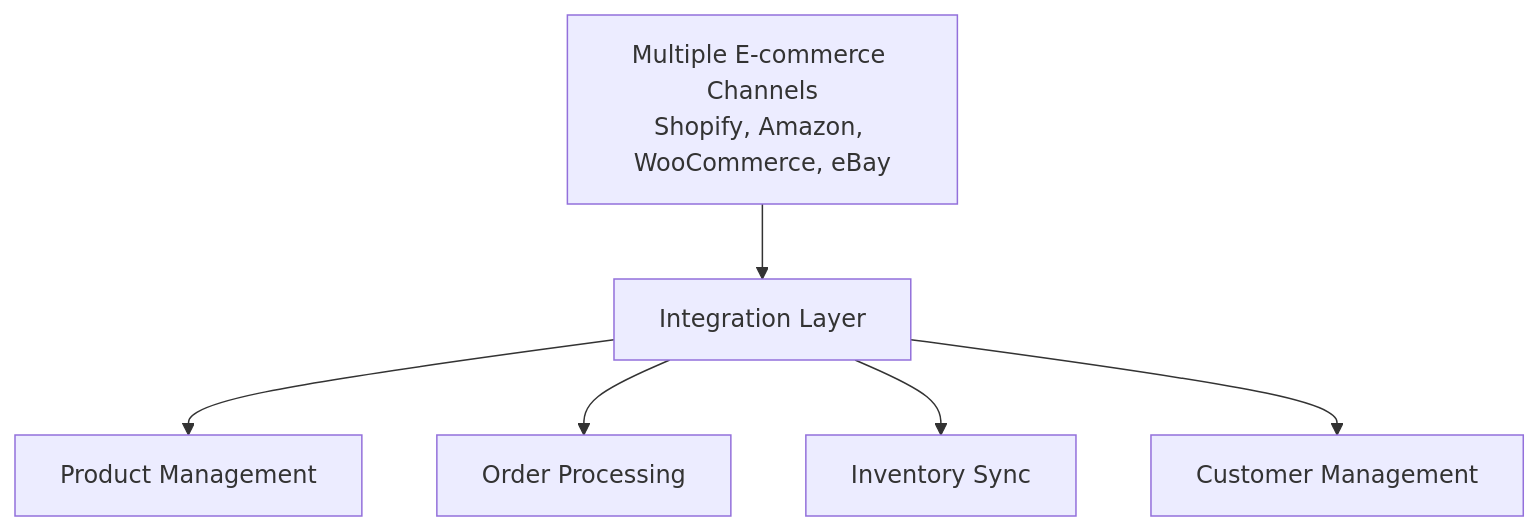
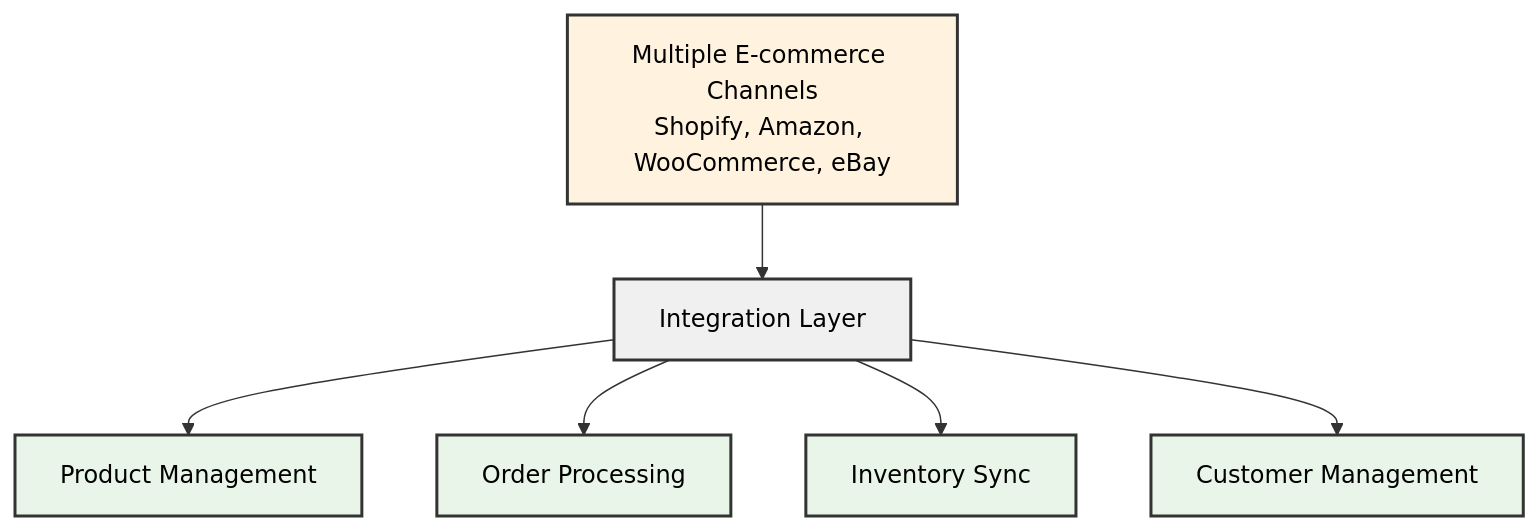
Diagram 11 of 44 in README.md (sandeepkumar0801/Digihub), drawn with Mermaid before and after one commit. The commit also changed other lines of this file and 1 other file, not shown here.

````diff
--- a/README.md
+++ b/README.md
@@ -1884,8 +2040,16 @@
 ```mermaid
 graph TD
     A[Multiple E-commerce Channels<br/>Shopify, Amazon, WooCommerce, eBay] --> B[Integration Layer]
     B --> C[Product Management]
     B --> D[Order Processing]
     B --> E[Inventory Sync]
     B --> F[Customer Management]
+
+    classDef channels fill:#fff3e0,stroke:#333333,stroke-width:2px,color:#000000
+    classDef integration fill:#f0f0f0,stroke:#333333,stroke-width:2px,color:#000000
+    classDef management fill:#e8f5e8,stroke:#333333,stroke-width:2px,color:#000000
+
+    class A channels
+    class B integration
+    class C,D,E,F management
 ```
````
